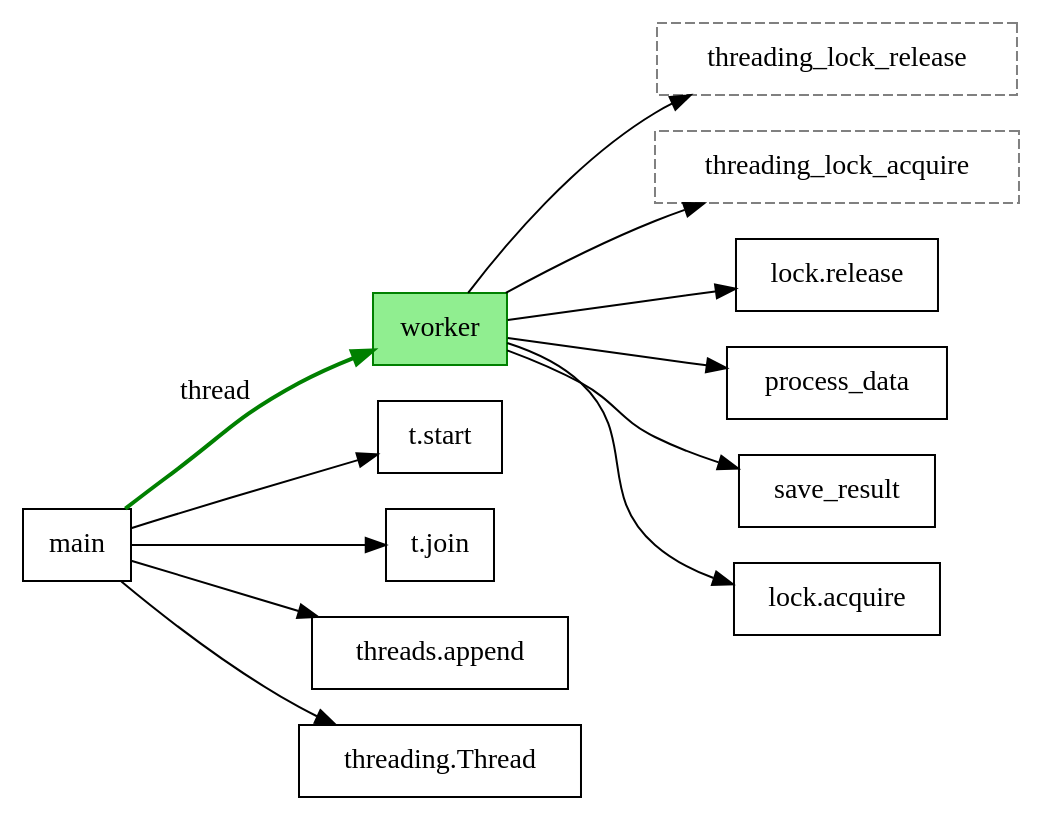
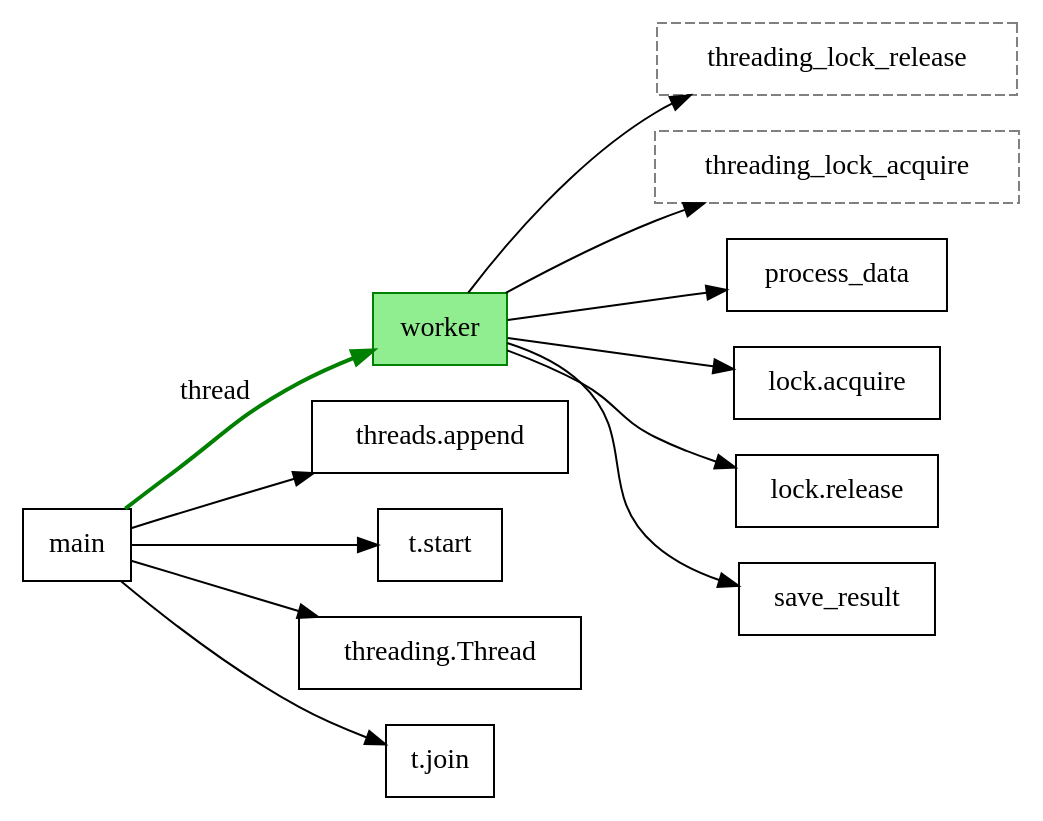
The diagram in callypy/config/simple_thread/simple_thread_simple.dot (nirvana929/mydag), drawn with Graphviz before and after one commit. The commit also changed other lines of this file and 83 other files, not shown here.

```diff
--- a/callypy/config/simple_thread/simple_thread_simple.dot
+++ b/callypy/config/simple_thread/simple_thread_simple.dot
@@ -1,18 +1,18 @@
 strict digraph callgraph {
   rankdir=LR;
   node [shape=box];
+  "threading_lock_release" [style=dashed, color=gray];
   "worker" [color=green, style=filled, fillcolor=lightgreen];
-  "threading_lock_release" [style=dashed, color=gray];
   "threading_lock_acquire" [style=dashed, color=gray];
+  "worker" -> "process_data";
+  "worker" -> "lock.acquire";
   "worker" -> "lock.release";
-  "worker" -> "process_data";
   "worker" -> "save_result";
-  "worker" -> "lock.acquire";
   "worker" -> "threading_lock_acquire";
   "worker" -> "threading_lock_release";
+  "main" -> "threads.append";
   "main" -> "t.start";
+  "main" -> "threading.Thread";
   "main" -> "t.join";
-  "main" -> "threads.append";
-  "main" -> "threading.Thread";
   "main" -> "worker" [label="thread", color=green, penwidth=2.0];
 }
```
